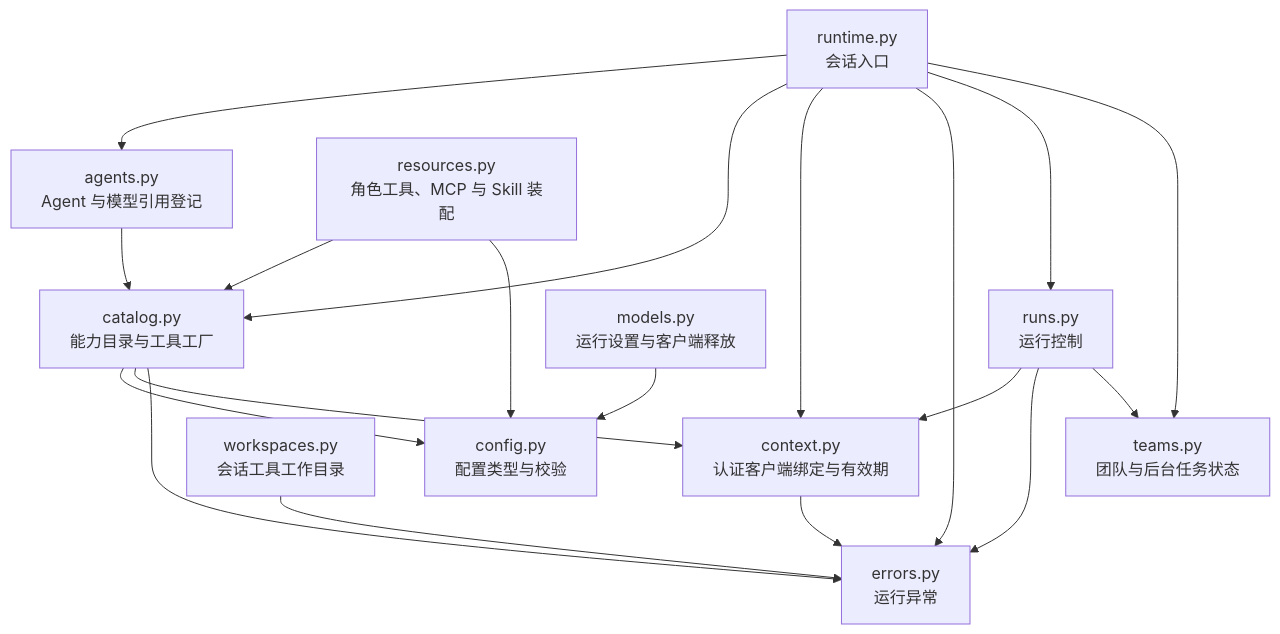
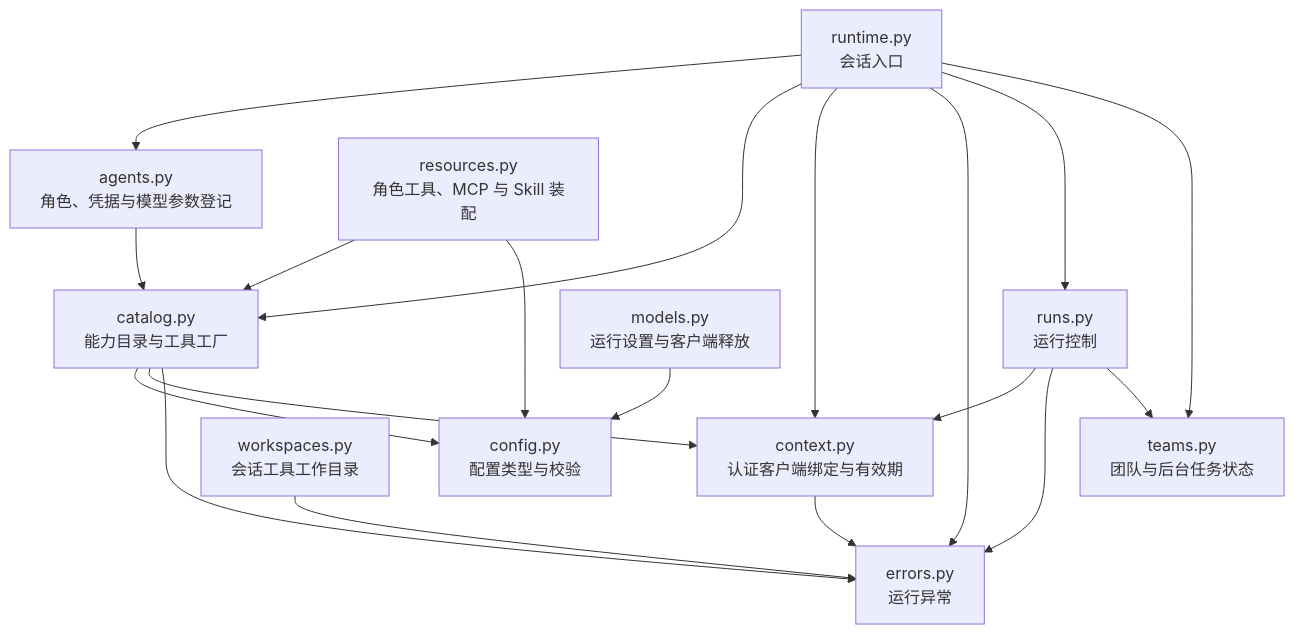
One commit to 2739673455/procurement-agent changed the second of 2 diagrams in README.md. Above: the diagram before and after it, drawn with Mermaid. The commit also changed other lines of this file and 18 other files, not shown here.

````diff
--- a/README.md
+++ b/README.md
@@ -61,23 +61,23 @@
 ```mermaid
 flowchart TB
     runtime["runtime.py<br/>会话入口"]
     runs["runs.py<br/>运行控制"]
-    agents["agents.py<br/>Agent 与模型引用登记"]
+    agents["agents.py<br/>角色、凭据与模型参数登记"]
     resources["resources.py<br/>角色工具、MCP 与 Skill 装配"]
     catalog["catalog.py<br/>能力目录与工具工厂"]
     models["models.py<br/>运行设置与客户端释放"]
     context["context.py<br/>认证客户端绑定与有效期"]
     workspaces["workspaces.py<br/>会话工具工作目录"]
     teams["teams.py<br/>团队与后台任务状态"]
     config["config.py<br/>配置类型与校验"]
     errors["errors.py<br/>运行异常"]
 
     runtime --> agents & catalog & context & errors & runs & teams
     runs --> context & errors & teams
     agents --> catalog
     resources --> catalog & config
     catalog --> config & context & errors
     models --> config
     context --> errors
     workspaces --> errors
 ```
````
